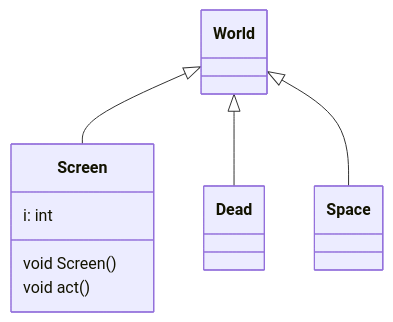
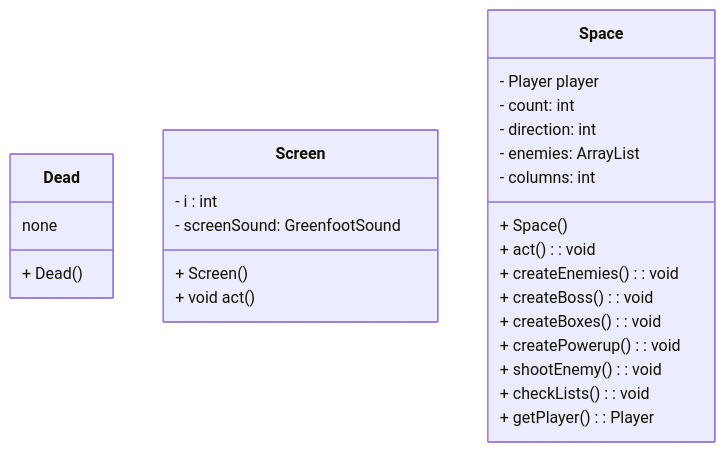
The first of 2 diagrams in README.md (Banik1103/space_invaders), drawn with Mermaid before and after one commit. The commit also changed other lines of this file, not shown here.

````diff
--- a/README.md
+++ b/README.md
@@ -15,31 +23,31 @@
 ```mermaid
 classDiagram
-World <|-- Screen
-World <|-- Dead
-World <|-- Space
-
-class World{
+	class Dead{
+		none
+		+ Dead()
+	}
 	
-}
-
-class Screen{
-	i: int
+	class Screen{
+		- i : int
+		- screenSound: GreenfootSound
+		+ Screen()
+		+ void act()
+	}
 	
-	void Screen()
-	void act()
-}
-
-class Space{
-	
-}
-
-class Dead{
-	
-}
-
-
-
-
-
-
+	class Space{
+		- Player player
+    	- count: int 
+    	- direction: int
+    	- enemies: ArrayList<LinkedList> 
+    	- columns: int
+    	+ Space()
+    	+ act(): void
+    	+ createEnemies(): void
+    	+ createBoss(): void
+    	+ createBoxes(): void
+    	+ createPowerup(): void
+    	+ shootEnemy(): void
+    	+ checkLists(): void
+    	+ getPlayer(): Player
+	}
 ```
````
